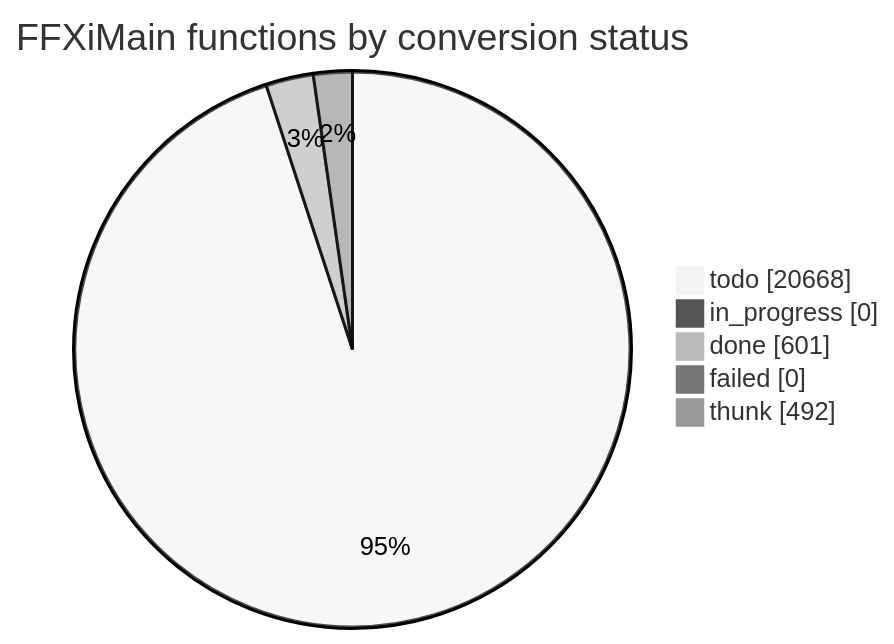
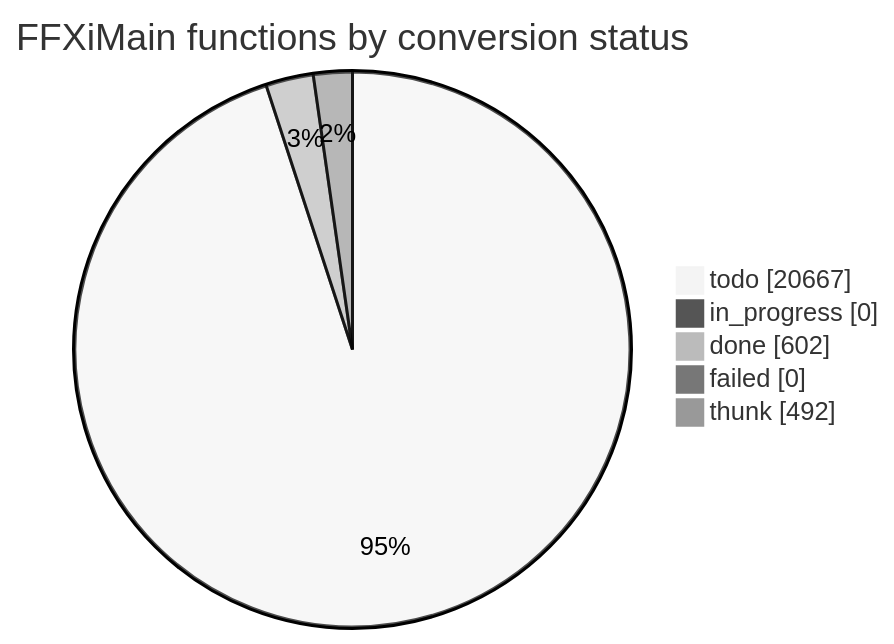
One commit to cowrevenge/cow_kuluu_xi_anything changed the diagram in docs/cow/STATUS.md. Above: the diagram before and after it, drawn with Mermaid (neutral theme). The commit also changed other lines of this file and 9 other files, not shown here.

````diff
--- a/docs/cow/STATUS.md
+++ b/docs/cow/STATUS.md
@@ -18,9 +18,9 @@
 ```mermaid
 pie showData
     title FFXiMain functions by conversion status
-    "todo" : 20668
+    "todo" : 20667
     "in_progress" : 0
-    "done" : 601
+    "done" : 602
     "failed" : 0
     "thunk" : 492
 ```
````
